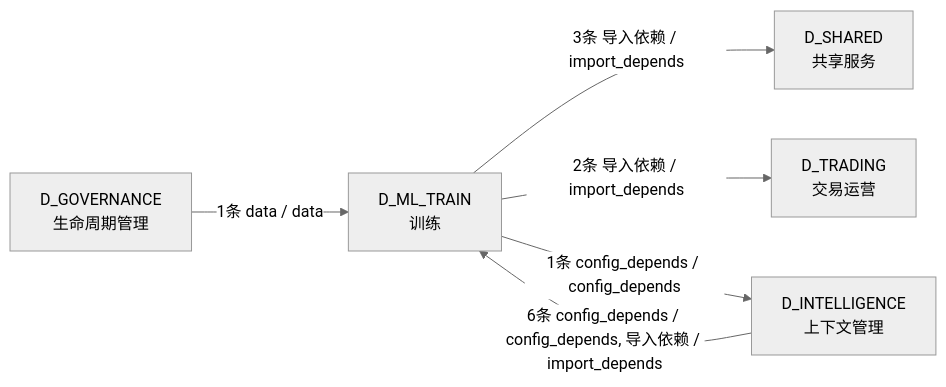
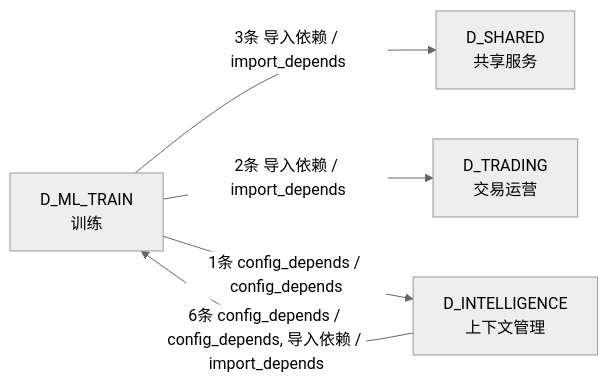
One commit to xuanFelixVan/ZephyrAlpha changed the fourth of 4 diagrams in docs/02_enterprise_architecture/02_domain_architecture_docs/50_d_ml_train.md. Above: the diagram before and after it, drawn with Mermaid (neutral theme). The commit also changed other lines of this file and 126 other files, not shown here.

````diff
--- a/docs/02_enterprise_architecture/02_domain_architecture_docs/50_d_ml_train.md
+++ b/docs/02_enterprise_architecture/02_domain_architecture_docs/50_d_ml_train.md
@@ -207,13 +201,11 @@
 ```mermaid
 graph LR
     D_ML_TRAIN["D_ML_TRAIN<br/>训练"]
     D_SHARED["D_SHARED<br/>共享服务"]
     D_TRADING["D_TRADING<br/>交易运营"]
     D_INTELLIGENCE["D_INTELLIGENCE<br/>上下文管理"]
-    D_GOVERNANCE["D_GOVERNANCE<br/>生命周期管理"]
     D_ML_TRAIN -->|3条 导入依赖 / import_depends| D_SHARED
     D_ML_TRAIN -->|2条 导入依赖 / import_depends| D_TRADING
     D_ML_TRAIN -->|1条 config_depends / config_depends| D_INTELLIGENCE
     D_INTELLIGENCE -->|6条 config_depends / config_depends, 导入依赖 / import_depends| D_ML_TRAIN
-    D_GOVERNANCE -->|1条 data / data| D_ML_TRAIN
 ```
````
